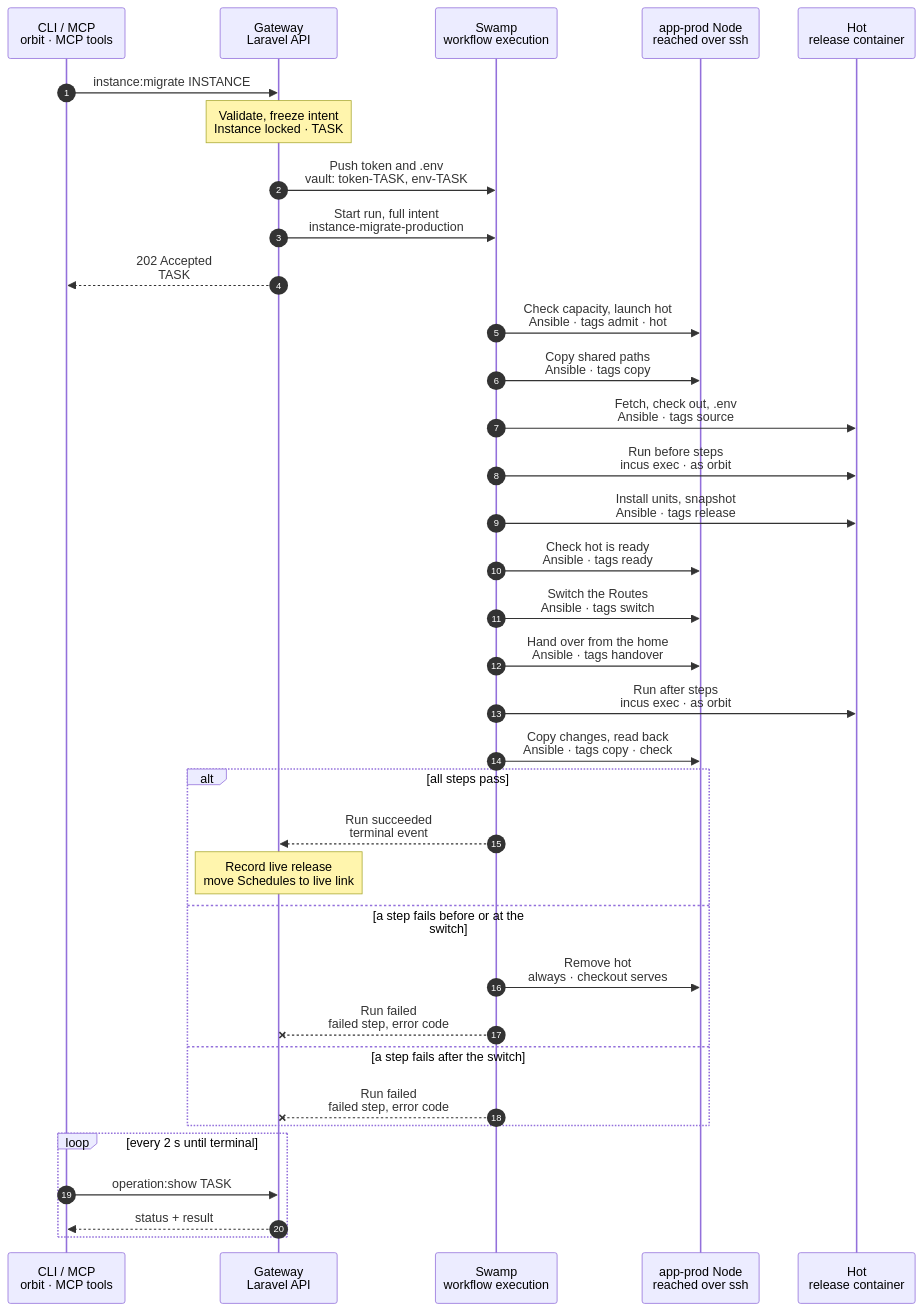
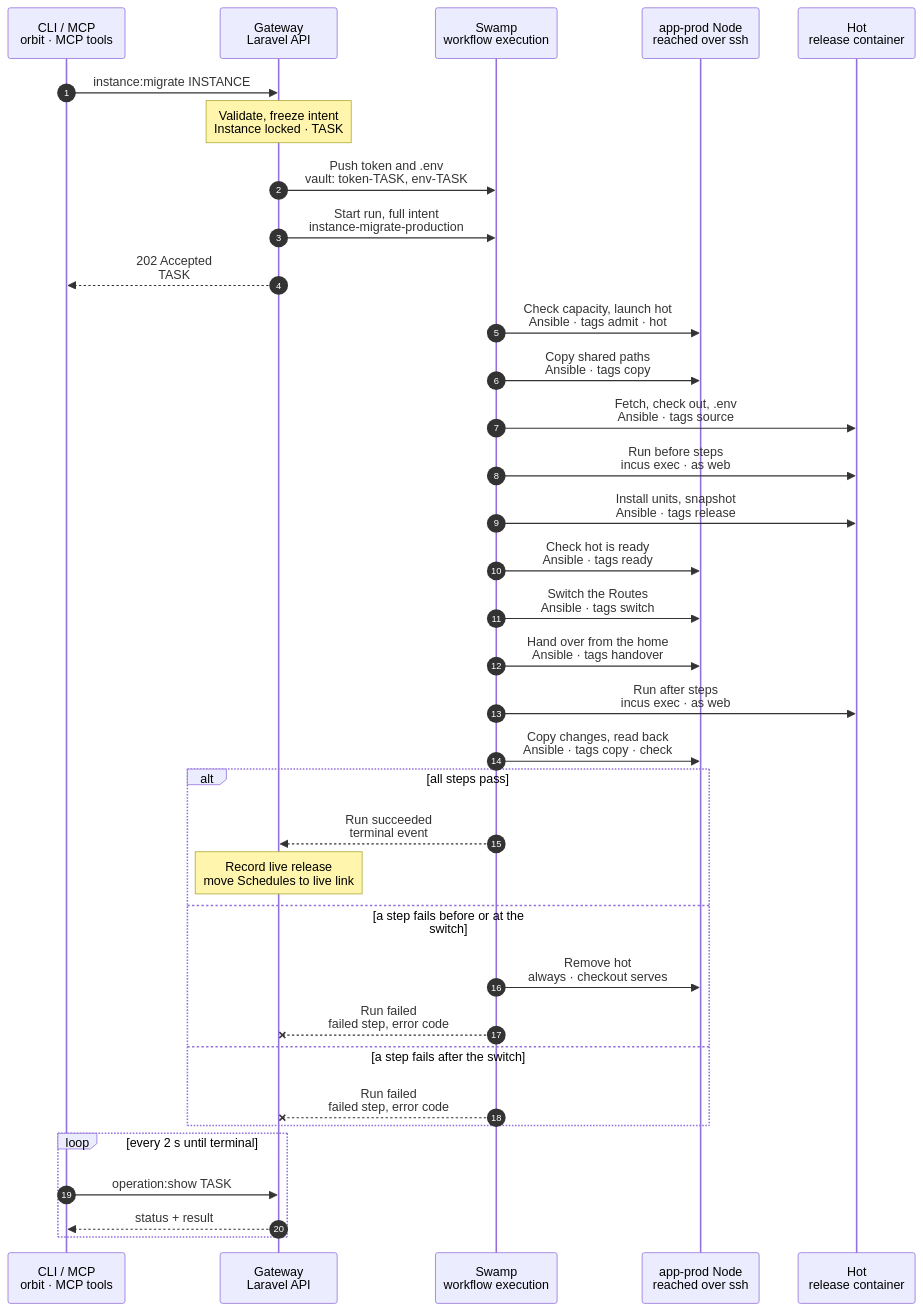
Before and after one commit to hardimpactdev/orbit: the diagram in docs/cli/instance/container/migrate-production.mmd, drawn with Mermaid. The commit also changed 11 other files, not shown here.

First line of the commit message:
docs: name the container app user and group web (orbit->web, work->web)

```diff
--- a/docs/cli/instance/container/migrate-production.mmd
+++ b/docs/cli/instance/container/migrate-production.mmd
@@ -1,98 +1,98 @@
 sequenceDiagram
   %% Target design, production containers (ADR 0263, docs/reference/production-containers.md#a-checkout-production-instance): instance:migrate moves a checkout production Instance into its first release container, a cold hot built at the commit that `current` selects. The checkout serves until the switch. Its native Schedules move to the live link when the run ends; the first deploy after the move copies the shared paths a last time and removes the home (container/deploy-production.mmd). The command exists only until the last checkout Instance has moved (docs/reference/old-paths.md).
   %% status: draft
   %% command: instance:migrate
   %% kind: instance.migrate
   autonumber
   %% lane CLI icon=terminal pill=caller tone=gray
   %% lane GW icon=gateway pill=intent tone=blue
   %% lane SW icon=workflow pill=executes tone=green
   %% lane N icon=server pill=target tone=amber
   %% lane C icon=server pill=target tone=purple
   participant CLI as CLI / MCP<br/>orbit · MCP tools
   participant GW as Gateway<br/>Laravel API
   participant SW as Swamp<br/>workflow execution
   participant N as app-prod Node<br/>reached over ssh
   participant C as Hot<br/>release container
   CLI->>GW: instance:migrate INSTANCE
   %%> Command:
   %%> - `orbit instance:migrate INSTANCE`
   %%> - syntax: `<instance> [--idempotency-key=KEY] [--json]`
   %%> Not included:
   %%> - no downtime prompt: the checkout serves until one Caddy reload switches the Routes
   Note over GW: Validate, freeze intent<br/>Instance locked · TASK
   %%> Requirements:
   %%> - an active checkout production Instance on an `app-prod` Node with the container setup; no open deployment or Process operation
   %%> Freezes:
   %%> - the commit that `current` selects, the steps, the shared paths, the Process and Schedule definitions, the health path and the domain of each Route
   %%> Result:
   %%> - the Instance takes no deployment while the run lasts; its storage volume is recorded
   GW->>SW: Push token and .env<br/>vault: token-TASK, env-TASK
   %%> Why:
   %%> - hot fetches the commit and gets the rendered `.env`; both travel only through the vault
   GW->>SW: Start run, full intent<br/>instance-migrate-production
   %%> What it does:
   %%> - one run; secrets only as vault key names
   GW-->>CLI: 202 Accepted<br/>TASK
   %%> Next:
   %%> - the CLI follows the task until it ends
   SW->>N: Check capacity, launch hot<br/>Ansible · tags admit · hot
   %%> What it does:
   %%> - the capacity check of a deploy, then a cold hot from the image with the storage volume, the memory limit when one is set, and the pinned runtime folder version
   SW->>N: Copy shared paths<br/>Ansible · tags copy
   %%> What it does:
   %%> - copies each shared path of the home, and a SQLite database of the home, into the volume; the checkout still serves
   %%> Why before the steps:
   %%> - a step that makes keys only when they are missing finds the existing keys
   SW->>C: Fetch, check out, .env<br/>Ansible · tags source
   %%> What it does:
   %%> - the source step of a deploy, at the frozen commit
-  SW->>C: Run before steps<br/>incus exec · as orbit
+  SW->>C: Run before steps<br/>incus exec · as web
   %%> What it does:
   %%> - each `before_activation` step; `migrate` finds the schema at this commit and changes nothing
   SW->>C: Install units, snapshot<br/>Ansible · tags release
   %%> What it does:
   %%> - disabled units and timers, then the `release` snapshot, as in a deploy
   SW->>N: Check hot is ready<br/>Ansible · tags ready
   %%> What it does:
   %%> - the readiness of a deploy; on failure `deployment.not_ready`
   SW->>N: Switch the Routes<br/>Ansible · tags switch
   %%> What it does:
   %%> - writes the Instance's upstream file and live link, points each Route's site at the upstream file instead of PHP-FPM and reloads Caddy once
   %%> - requests in progress on PHP-FPM finish there
   SW->>N: Hand over from the home<br/>Ansible · tags handover
   %%> What it does:
   %%> - disables and stops the host Node timers and Process units, with the bounded graceful stop, then the PHP-FPM pool
   %%> - enables and starts the new live's timers and Processes, and turns `boot.autostart` on
-  SW->>C: Run after steps<br/>incus exec · as orbit
+  SW->>C: Run after steps<br/>incus exec · as web
   %%> What it does:
   %%> - each `after_activation` step, in the new live
   SW->>N: Copy changes, read back<br/>Ansible · tags copy · check
   %%> What it does:
   %%> - copies only files the volume lacks or holds in an older version, and deletes none: live already writes there
   %%> - reads back the live link, the upstream file, the commit and the Process states
   alt all steps pass
     SW-->>GW: Run succeeded<br/>terminal event
     Note over GW: Record live release<br/>move Schedules to live link
     %%> Result:
     %%> - the Instance runs in containers; its runtime row is live
     %%> - the Gateway rewrites each native Schedule's workflow for the live link and sets its trigger again, as an Instance transfer does; a fire that started in the home finishes there
     %%> Next:
     %%> - the first deploy after the move copies the shared paths a last time and removes the home
   else a step fails before or at the switch
     SW->>N: Remove hot<br/>always · checkout serves
     %%> What it does:
     %%> - deletes hot; the volume stays and the rerun copies into it again
     %%> - the checkout, its Processes, timers and pool serve as before
     SW--xGW: Run failed<br/>failed step, error code
   else a step fails after the switch
     SW--xGW: Run failed<br/>failed step, error code
     %%> Result:
     %%> - live serves; the home stays unserved
     %%> Retry:
     %%> - run the same command again; it repeats only the handover, the after steps and the copy
   end
   loop every 2 s until terminal
     CLI->>GW: operation:show TASK
     GW-->>CLI: status + result
   end
```
